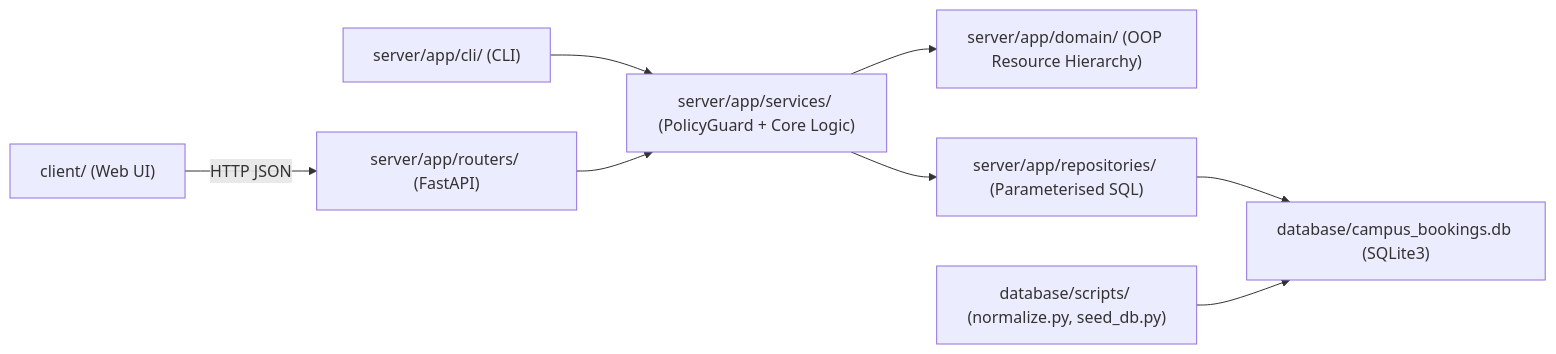
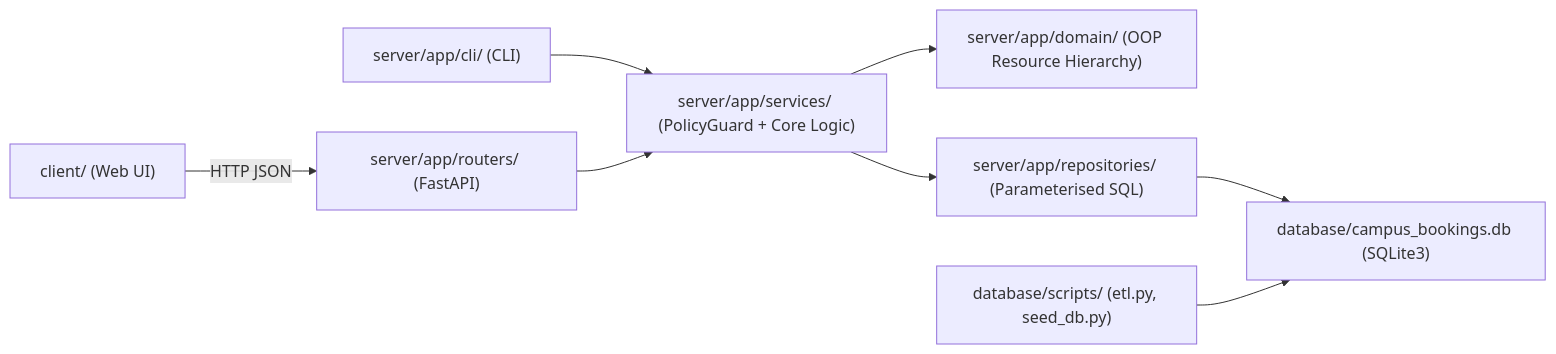
The diagram in docs/design/diagrams/dependency_flow.mmd (huutrungle2001/WM9QF_AI_Programming_A1), drawn with Mermaid before and after one commit. The commit also changed 8 other files, not shown here.

Commit message:
refactor(etl): rename normalize.py to etl.py, externalise mappings and split ingesters

```diff
--- a/docs/design/diagrams/dependency_flow.mmd
+++ b/docs/design/diagrams/dependency_flow.mmd
@@ -1,8 +1,8 @@
 flowchart LR
     Client["client/ (Web UI)"] -->|HTTP JSON| Routers["server/app/routers/ (FastAPI)"]
     CLI["server/app/cli/ (CLI)"] --> Services
     Routers --> Services["server/app/services/ (PolicyGuard + Core Logic)"]
     Services --> Domain["server/app/domain/ (OOP Resource Hierarchy)"]
     Services --> Repos["server/app/repositories/ (Parameterised SQL)"]
     Repos --> DB["database/campus_bookings.db (SQLite3)"]
-    ETL["database/scripts/ (normalize.py, seed_db.py)"] --> DB
+    ETL["database/scripts/ (etl.py, seed_db.py)"] --> DB
```
